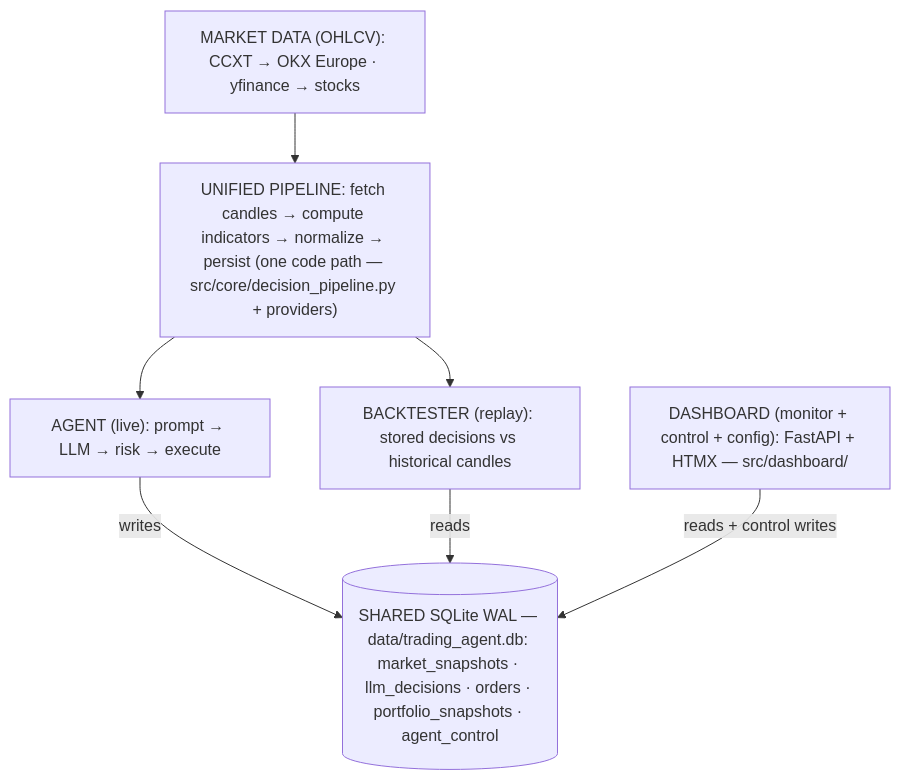
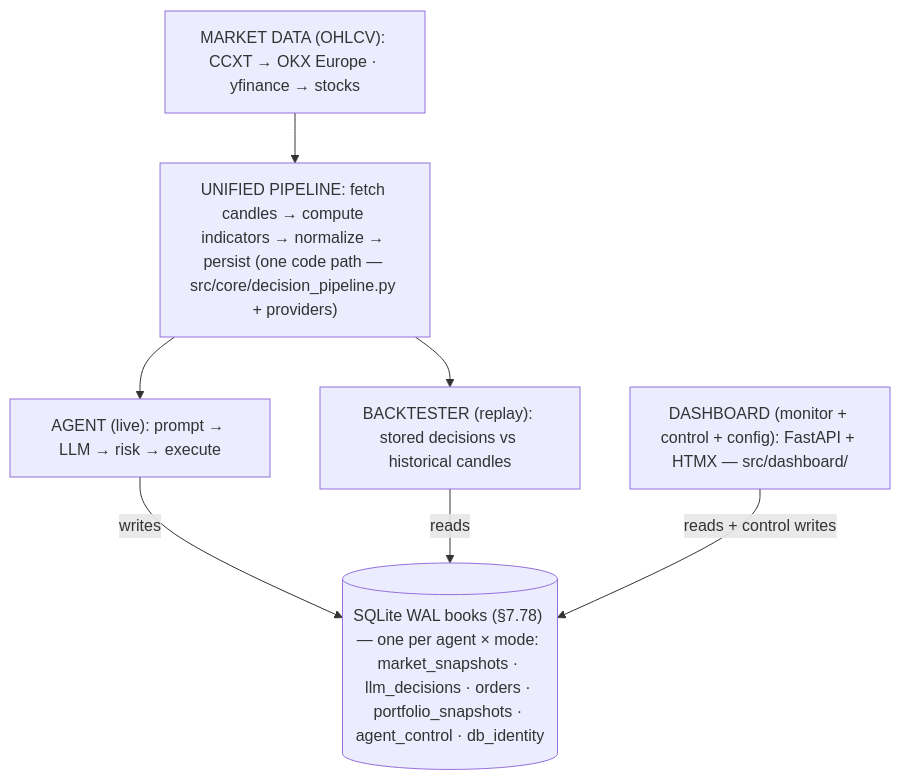
One commit to BBlazej/smartyTrader changed the sixth of 6 diagrams in ARCHITECTURE.md. Above: the diagram before and after it, drawn with Mermaid. The commit also changed other lines of this file and 6 other files, not shown here.

First line of the commit message:
Docs: per-mode database layout, §7.78 closed

````diff
--- a/ARCHITECTURE.md
+++ b/ARCHITECTURE.md
@@ -436,16 +436,16 @@
 ```mermaid
 flowchart TD
     MD["MARKET DATA (OHLCV): CCXT → OKX Europe · yfinance → stocks"]
     UP["UNIFIED PIPELINE: fetch candles → compute indicators → normalize → persist (one code path — src/core/decision_pipeline.py + providers)"]
     AGENT["AGENT (live): prompt → LLM → risk → execute"]
     BT["BACKTESTER (replay): stored decisions vs historical candles"]
     DASH["DASHBOARD (monitor + control + config): FastAPI + HTMX — src/dashboard/"]
-    DB[("SHARED SQLite WAL — data/trading_agent.db: market_snapshots · llm_decisions · orders · portfolio_snapshots · agent_control")]
+    DB[("SQLite WAL books (§7.78) — one per agent × mode: market_snapshots · llm_decisions · orders · portfolio_snapshots · agent_control · db_identity")]
 
     MD --> UP
     UP --> AGENT
     UP --> BT
     AGENT -- "writes" --> DB
     BT -- "reads" --> DB
     DASH -- "reads + control writes" --> DB
 ```
````
